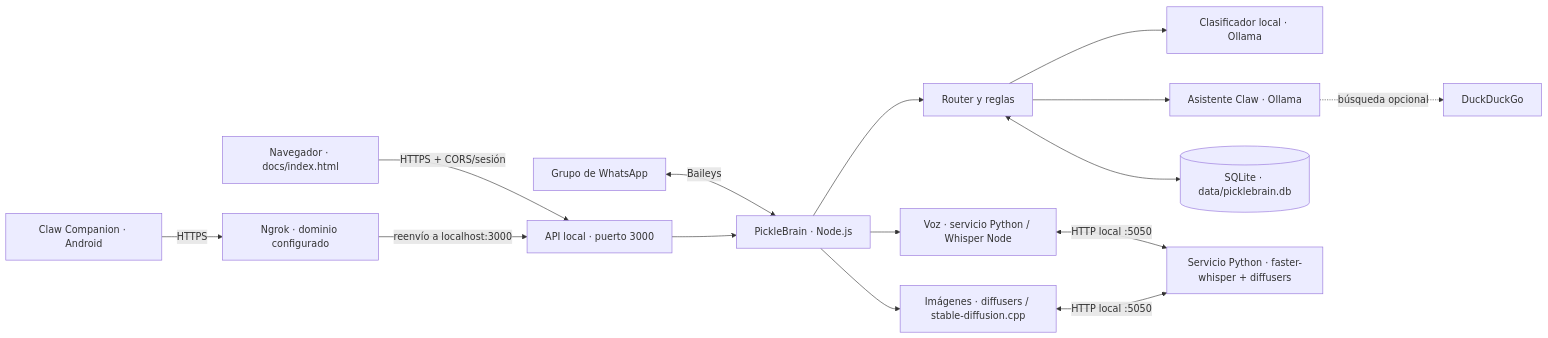
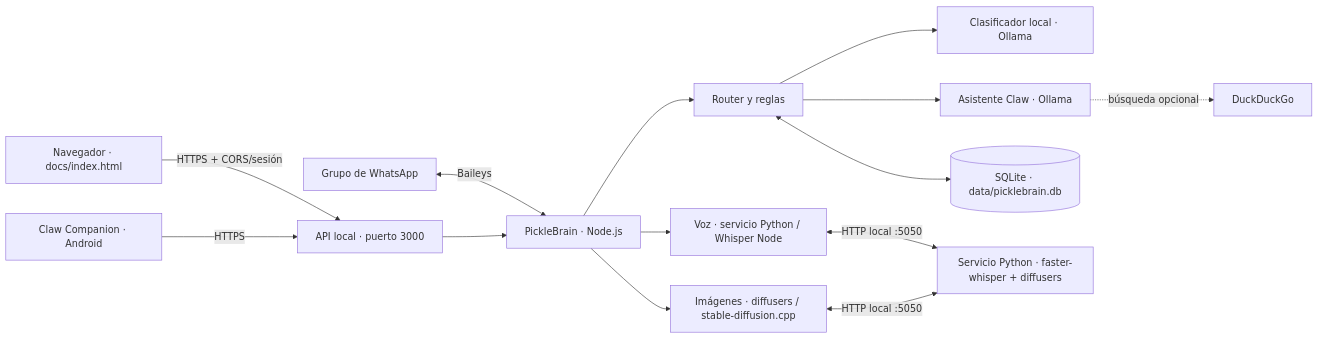
Before and after one commit to ClawProject/El-Repositorio-de-Claw: the diagram in docs/arquitectura.md, drawn with Mermaid. The commit also changed other lines of this file and 18 other files, not shown here.

````diff
--- a/docs/arquitectura.md
+++ b/docs/arquitectura.md
@@ -10,17 +10,16 @@
 ```mermaid
 flowchart LR
   WA[Grupo de WhatsApp] <-->|Baileys| BOT[PickleBrain · Node.js]
   WEB[Navegador · docs/index.html] -->|HTTPS + CORS/sesión| API[API local · puerto 3000]
-  APP[Claw Companion · Android] -->|HTTPS| NG[Ngrok · dominio configurado]
-  NG -->|reenvío a localhost:3000| API
+  APP[Claw Companion · Android] -->|HTTPS| API
   API --> BOT
   BOT --> ROUTER[Router y reglas]
   ROUTER --> BRAIN[Clasificador local · Ollama]
   ROUTER --> CLAW[Asistente Claw · Ollama]
   ROUTER <--> DB[(SQLite · data/picklebrain.db)]
   BOT --> VOICE[Voz · servicio Python / Whisper Node]
   BOT --> IMG[Imágenes · diffusers / stable-diffusion.cpp]
   VOICE <-->|HTTP local :5050| PY[Servicio Python · faster-whisper + diffusers]
   IMG <-->|HTTP local :5050| PY
   CLAW -. búsqueda opcional .-> DDG[DuckDuckGo]
 ```
````
